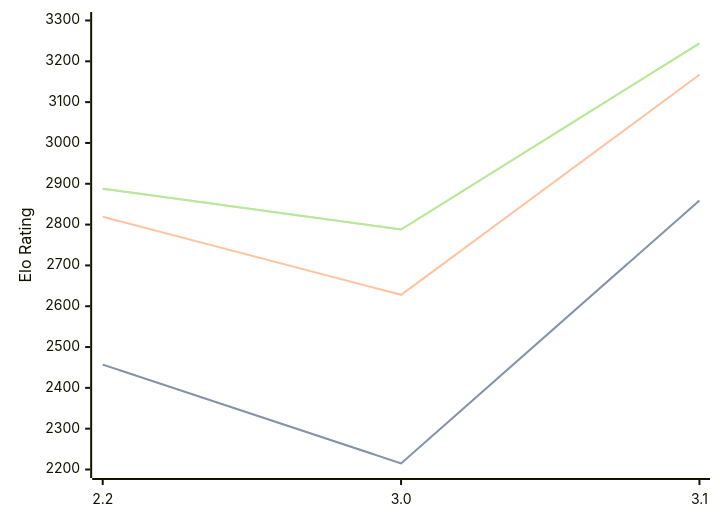
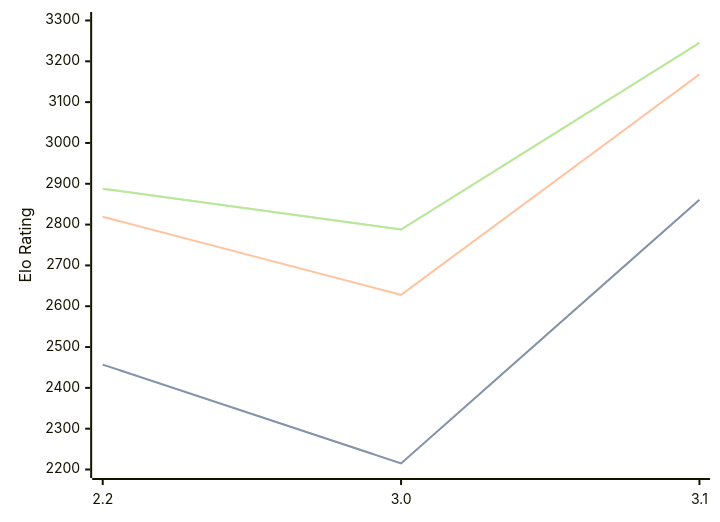
The diagram in engines/Thrawn.md (computer-chess-index/cci), drawn with Mermaid before and after one commit. The commit also changed other lines of this file, not shown here.

Commit message:
Update CCI Ratings (ELO VLTC) - 2026-07-18

````diff
--- a/engines/Thrawn.md
+++ b/engines/Thrawn.md
@@ -41,11 +41,11 @@
 ```mermaid
 %%{init: {"theme":"base","themeVariables":{"seriesColors:['#a3a3a3','#222221','#faa371']}}}%%
 xychart-beta
   x-axis ["2.2", "3.0", "3.1"]
   y-axis "Elo Rating" 2200 --> 3300
-  line "STC (8.0+0.08s)" [2457, 2215, 2859]
-  line "STC (8.0+0.08s)" [2457, 2215, 2859]
-  line "LTC (60.0+0.60s)" [2819, 2628, 3167]
-  line "VLTC (2m24s+1.12s)" [2888, 2788, 3244]
-  line "VLTC (2m24s+1.12s)" [2888, 2788, 3244]
+  line "STC (8.0+0.08s)" [2457, 2215, 2861]
+  line "STC (8.0+0.08s)" [2457, 2215, 2861]
+  line "LTC (60.0+0.60s)" [2819, 2628, 3168]
+  line "VLTC (2m24s+1.12s)" [2888, 2788, 3245]
+  line "VLTC (2m24s+1.12s)" [2888, 2788, 3245]
 ```
````
